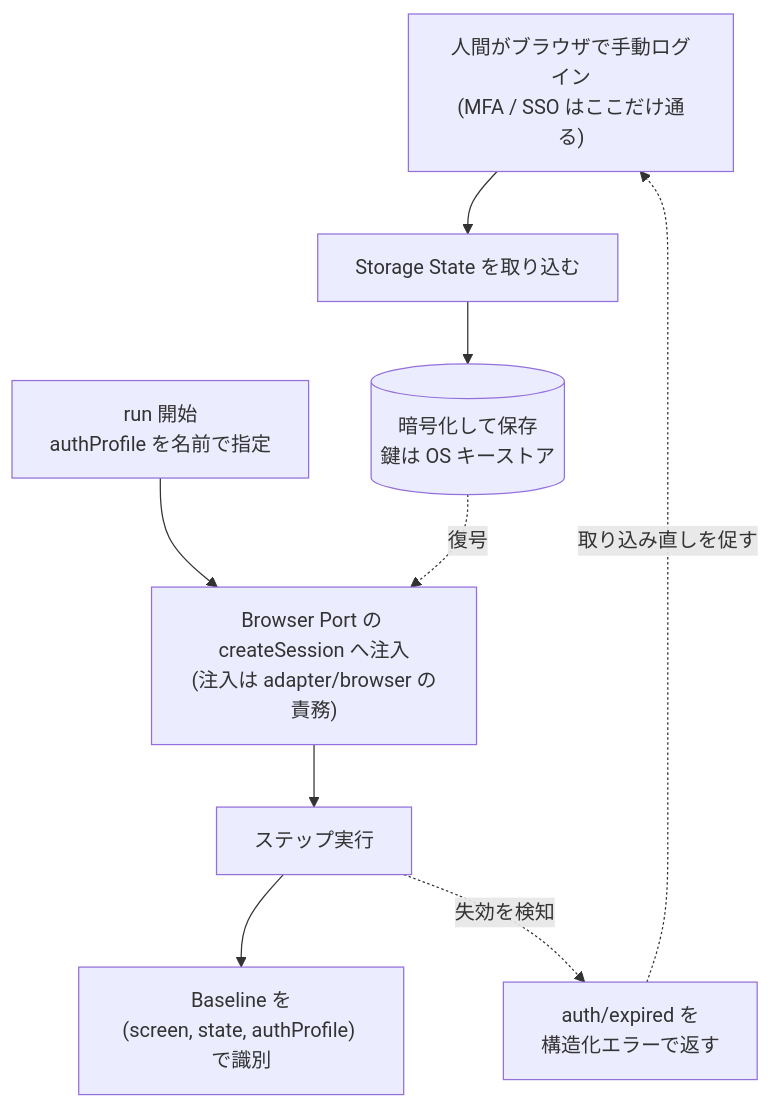
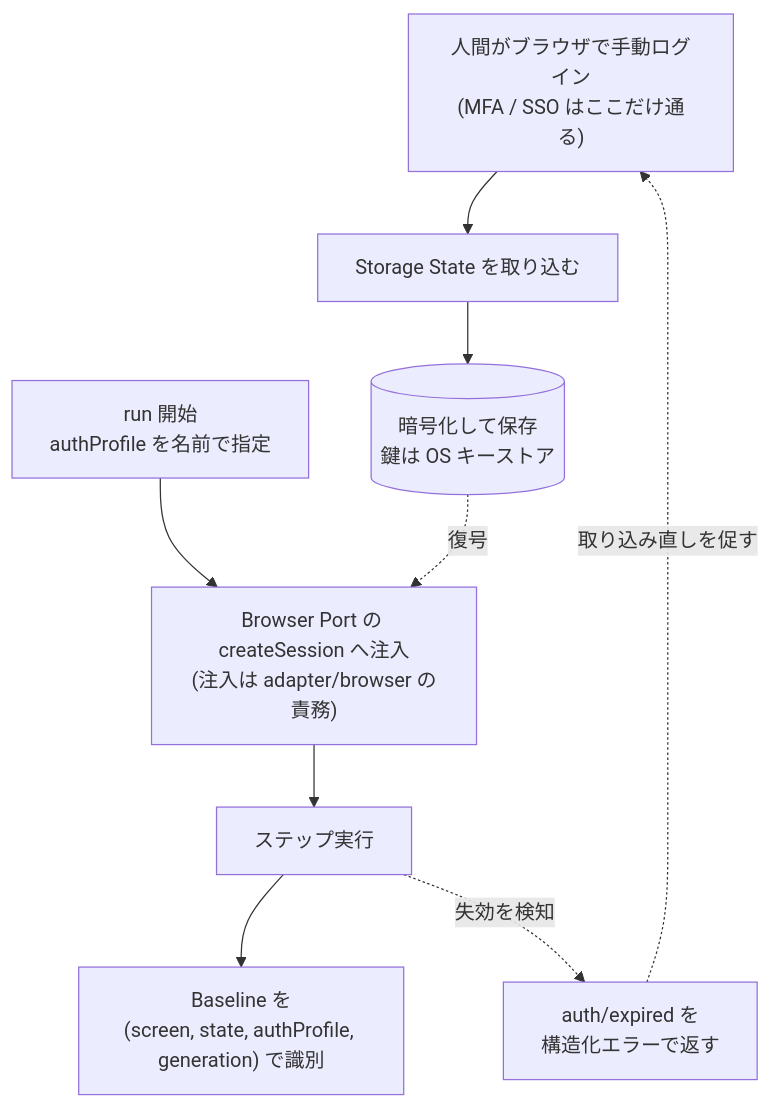
The diagram in adr/0022-auth-state-storage.md (Fukuemon/screen-contract), drawn with Mermaid before and after one commit. The commit also changed other lines of this file and 10 other files, not shown here.

````diff
--- a/adr/0022-auth-state-storage.md
+++ b/adr/0022-auth-state-storage.md
@@ -31,19 +32,19 @@
 ```mermaid
 flowchart TD
     login["人間がブラウザで手動ログイン<br/>(MFA / SSO はここだけ通る)"]
     capture["Storage State を取り込む"]
     store[("暗号化して保存<br/>鍵は OS キーストア")]
     run["run 開始<br/>authProfile を名前で指定"]
     session["Browser Port の createSession へ注入<br/>(注入は adapter/browser の責務)"]
     exec["ステップ実行"]
-    base["Baseline を<br/>(screen, state, authProfile) で識別"]
+    base["Baseline を<br/>(screen, state, authProfile, generation) で識別"]
     expired["auth/expired を<br/>構造化エラーで返す"]
 
     login --> capture --> store
     run --> session
     store -.->|"復号"| session
     session --> exec
     exec --> base
     exec -.->|"失効を検知"| expired
     expired -.->|"取り込み直しを促す"| login
 ```
````
